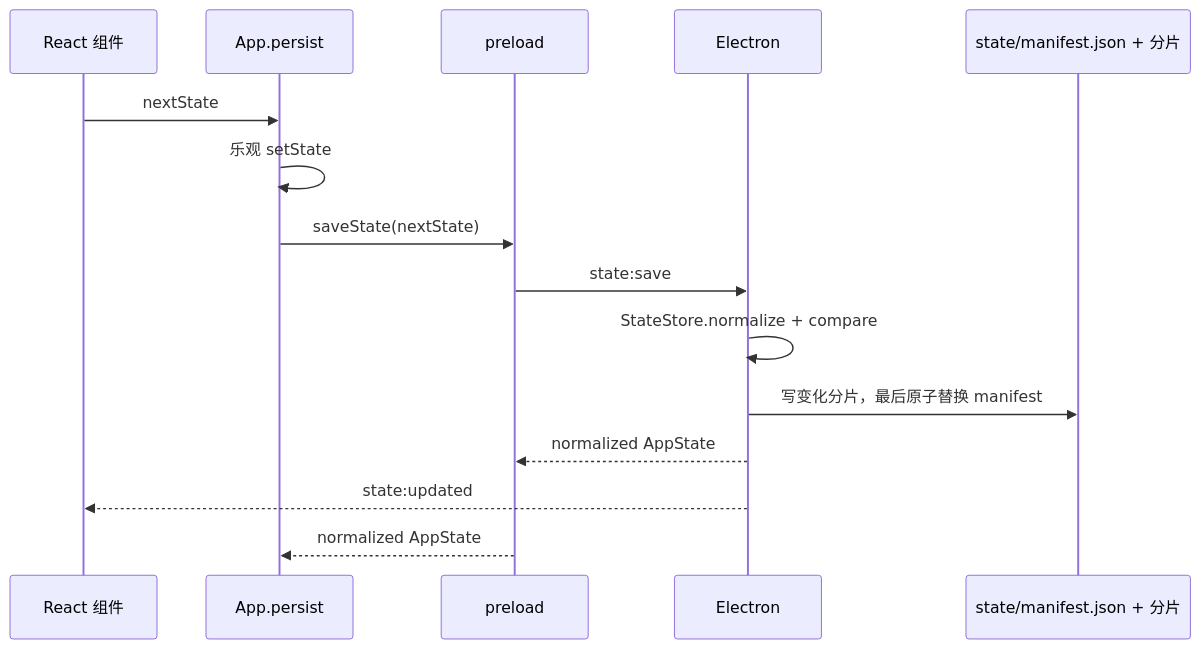
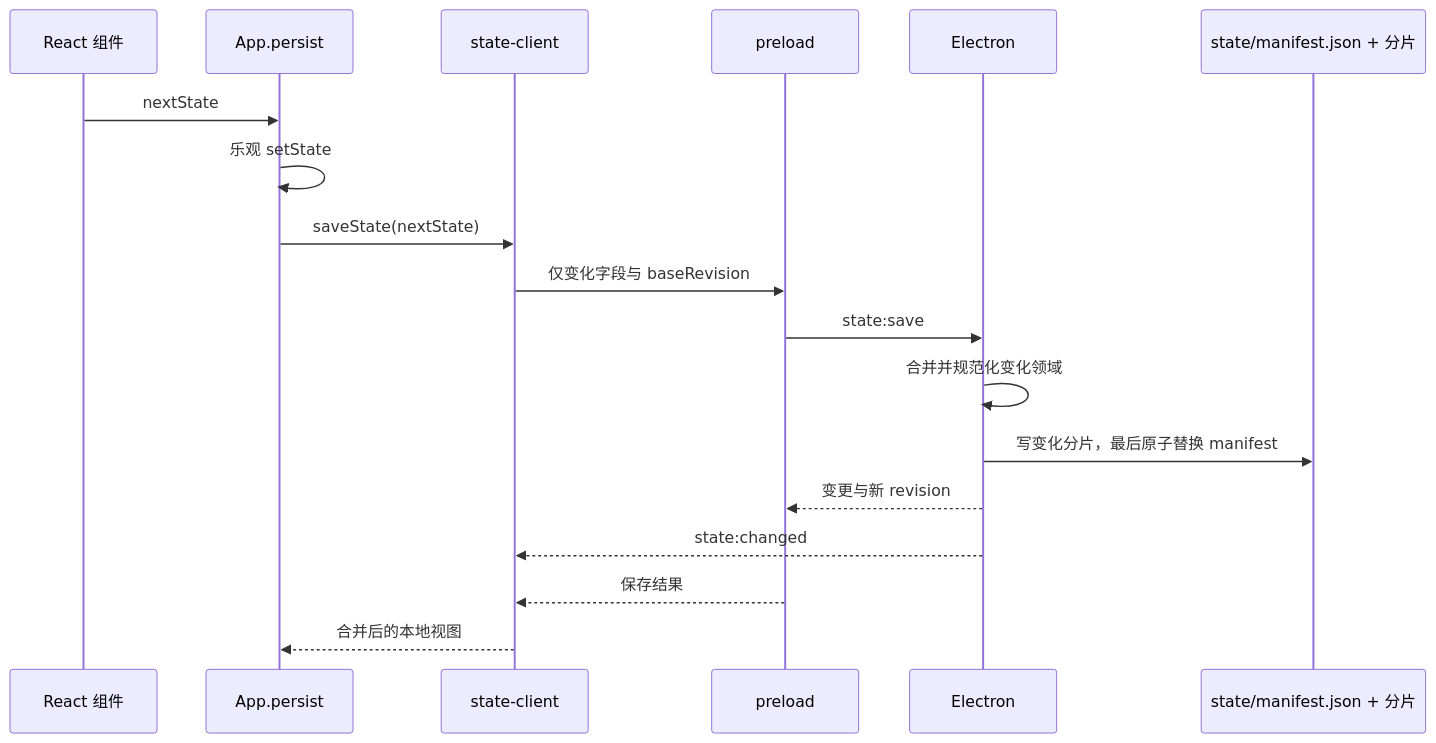
Before and after one commit to SingleOne/JianZhang: the diagram in docs/wiki/05-state-storage-and-ipc.md, drawn with Mermaid. The commit also changed other lines of this file and 16 other files, not shown here.

````diff
--- a/docs/wiki/05-state-storage-and-ipc.md
+++ b/docs/wiki/05-state-storage-and-ipc.md
@@ -329,18 +335,21 @@
 ```mermaid
 sequenceDiagram
     participant C as React 组件
     participant A as App.persist
+    participant S as state-client
     participant P as preload
     participant E as Electron
     participant F as state/manifest.json + 分片
 
     C->>A: nextState
     A->>A: 乐观 setState
-    A->>P: saveState(nextState)
+    A->>S: saveState(nextState)
+    S->>P: 仅变化字段与 baseRevision
     P->>E: state:save
-    E->>E: StateStore.normalize + compare
+    E->>E: 合并并规范化变化领域
     E->>F: 写变化分片，最后原子替换 manifest
-    E-->>P: normalized AppState
-    E-->>C: state:updated
-    P-->>A: normalized AppState
+    E-->>P: 变更与新 revision
+    E-->>S: state:changed
+    P-->>S: 保存结果
+    S-->>A: 合并后的本地视图
 ```
````
